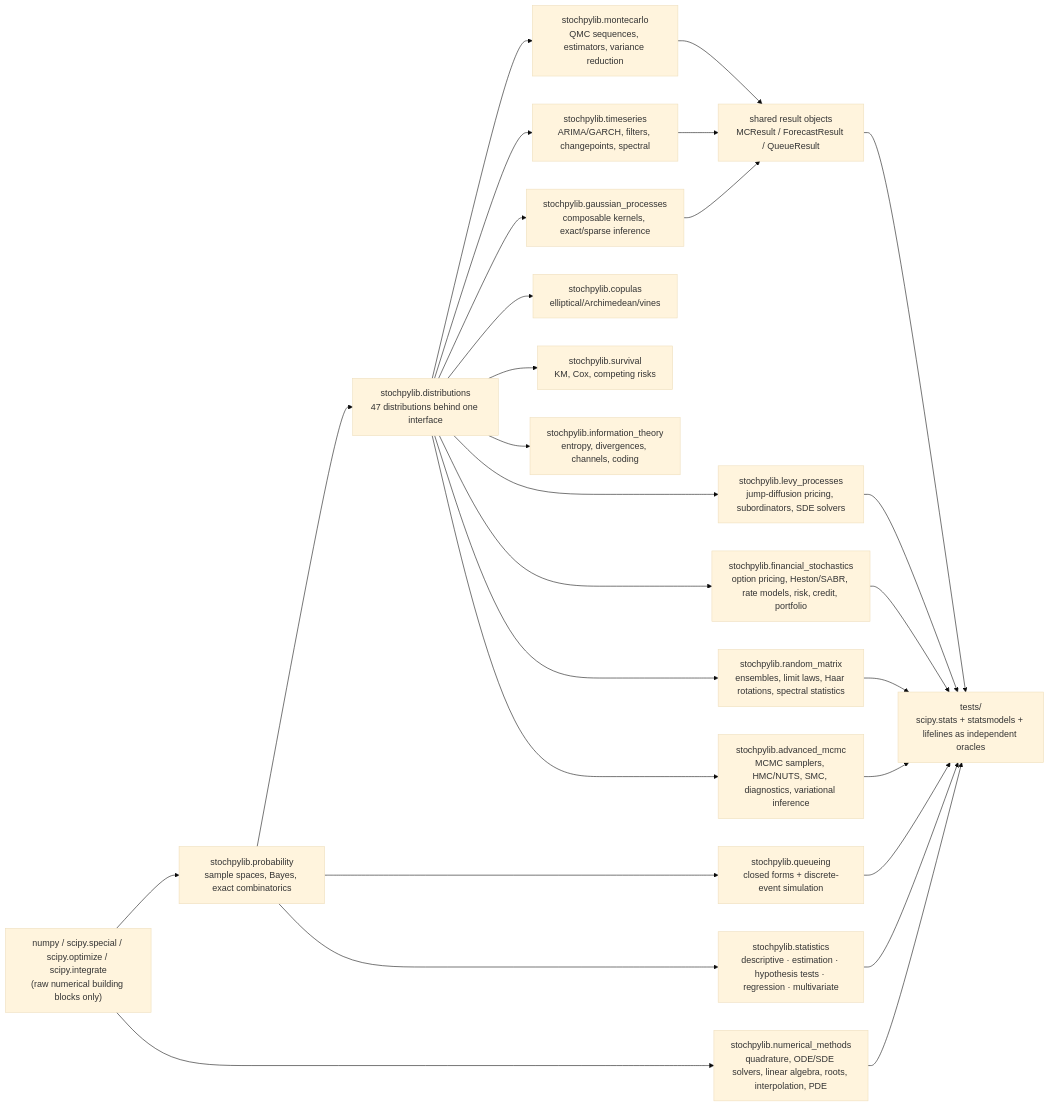
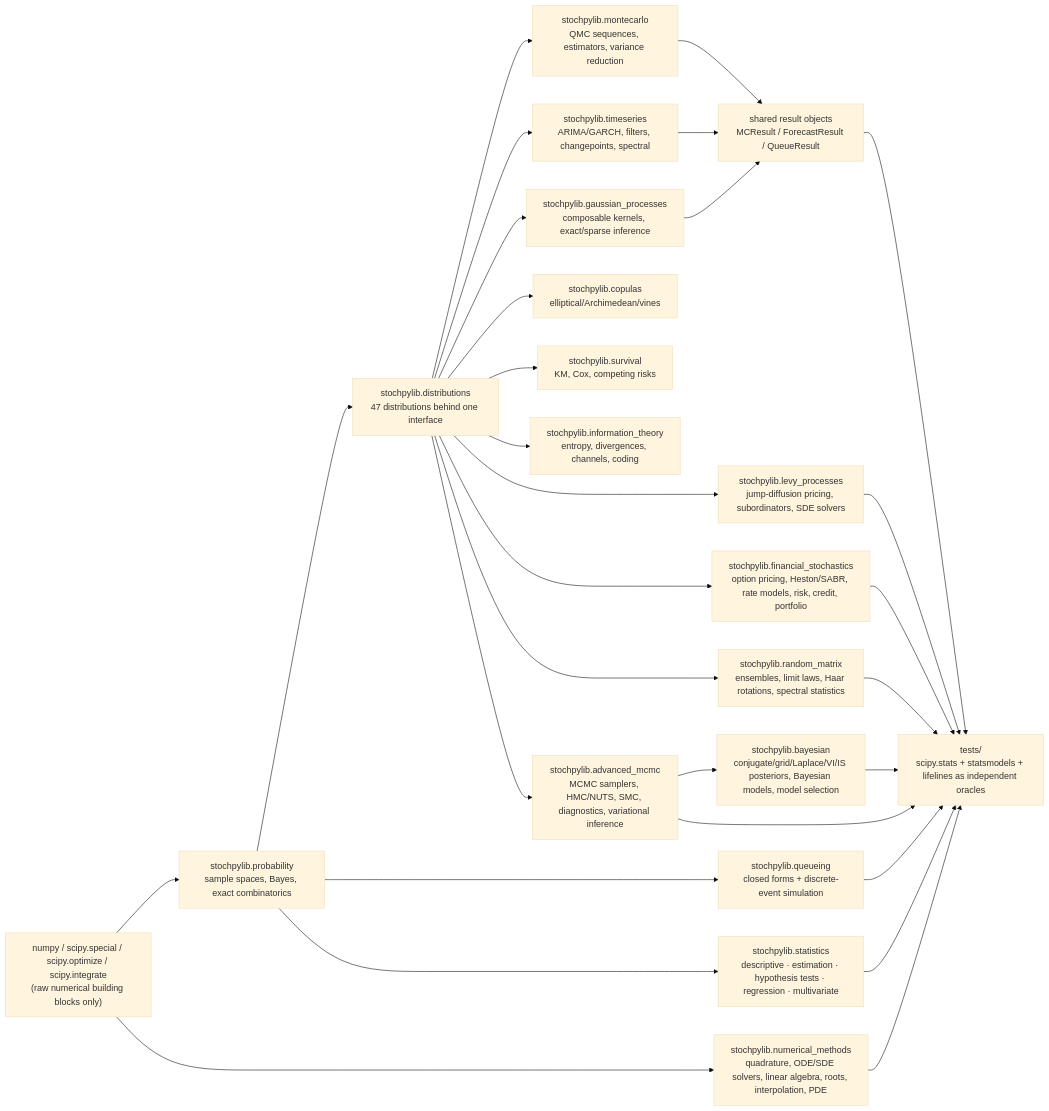
One commit to leon1706-lol/Stochpylib changed the first of 2 diagrams in development/architecture.md. Above: the diagram before and after it, drawn with Mermaid (base theme). The commit also changed other lines of this file and 34 other files, not shown here.

````diff
--- a/development/architecture.md
+++ b/development/architecture.md
@@ -29,29 +29,31 @@
 ```mermaid
 flowchart LR
     A["numpy / scipy.special / scipy.optimize / scipy.integrate<br/>(raw numerical building blocks only)"] --> B["stochpylib.probability<br/>sample spaces, Bayes, exact combinatorics"]
     B --> C["stochpylib.distributions<br/>47 distributions behind one interface"]
     C --> D["stochpylib.montecarlo<br/>QMC sequences, estimators, variance reduction"]
     C --> E["stochpylib.timeseries<br/>ARIMA/GARCH, filters, changepoints, spectral"]
     C --> F["stochpylib.gaussian_processes<br/>composable kernels, exact/sparse inference"]
     C --> G["stochpylib.copulas<br/>elliptical/Archimedean/vines"]
     C --> H["stochpylib.survival<br/>KM, Cox, competing risks"]
     B --> I["stochpylib.queueing<br/>closed forms + discrete-event simulation"]
     C --> J["stochpylib.information_theory<br/>entropy, divergences, channels, coding"]
     C --> M["stochpylib.levy_processes<br/>jump-diffusion pricing, subordinators, SDE solvers"]
     C --> N["stochpylib.financial_stochastics<br/>option pricing, Heston/SABR, rate models, risk, credit, portfolio"]
     B --> O["stochpylib.statistics<br/>descriptive · estimation · hypothesis tests · regression · multivariate"]
     C --> P["stochpylib.random_matrix<br/>ensembles, limit laws, Haar rotations, spectral statistics"]
     C --> Q["stochpylib.advanced_mcmc<br/>MCMC samplers, HMC/NUTS, SMC, diagnostics, variational inference"]
     A --> R["stochpylib.numerical_methods<br/>quadrature, ODE/SDE solvers, linear algebra, roots, interpolation, PDE"]
+    Q --> S["stochpylib.bayesian<br/>conjugate/grid/Laplace/VI/IS posteriors, Bayesian models, model selection"]
     D --> K["shared result objects<br/>MCResult / ForecastResult / QueueResult"]
     E --> K
     F --> K
     K --> L["tests/<br/>scipy.stats + statsmodels + lifelines as independent oracles"]
     I --> L
     M --> L
     N --> L
     O --> L
     P --> L
     Q --> L
     R --> L
+    S --> L
 ```
````
